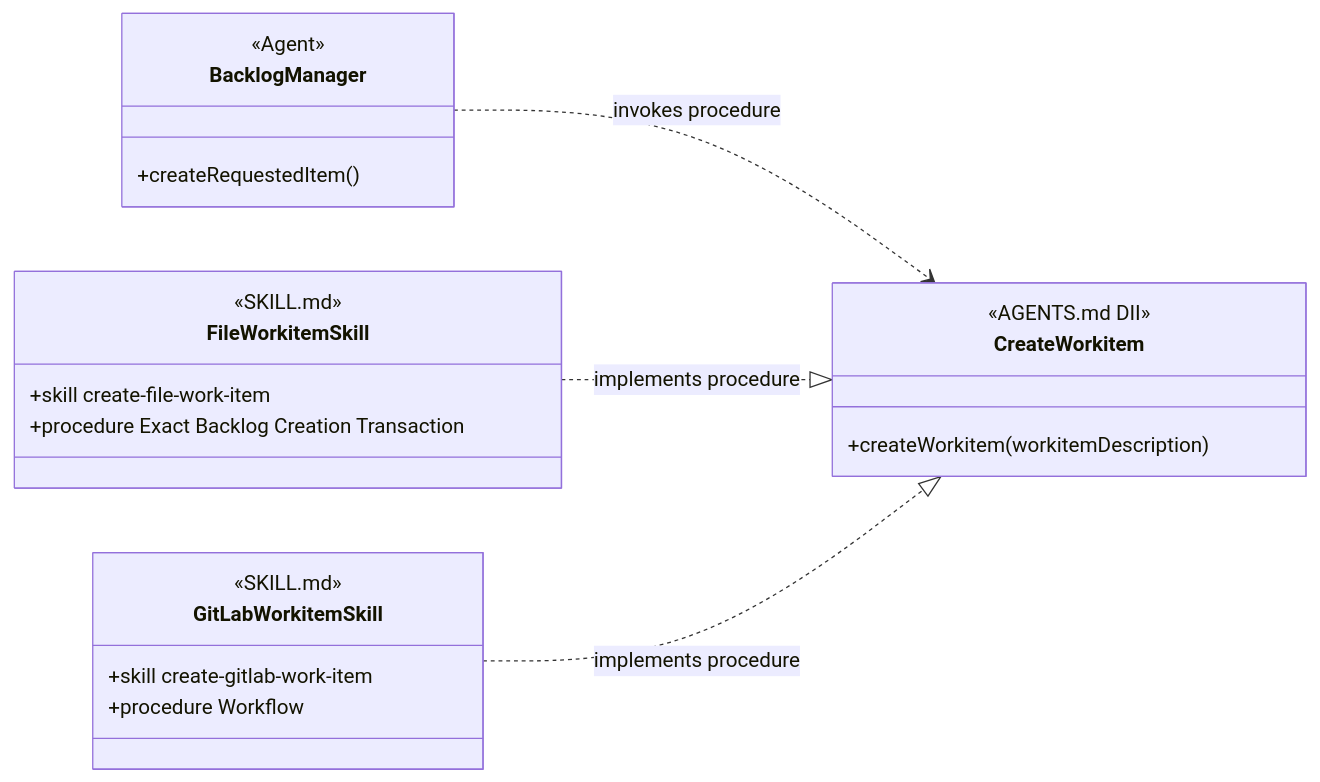
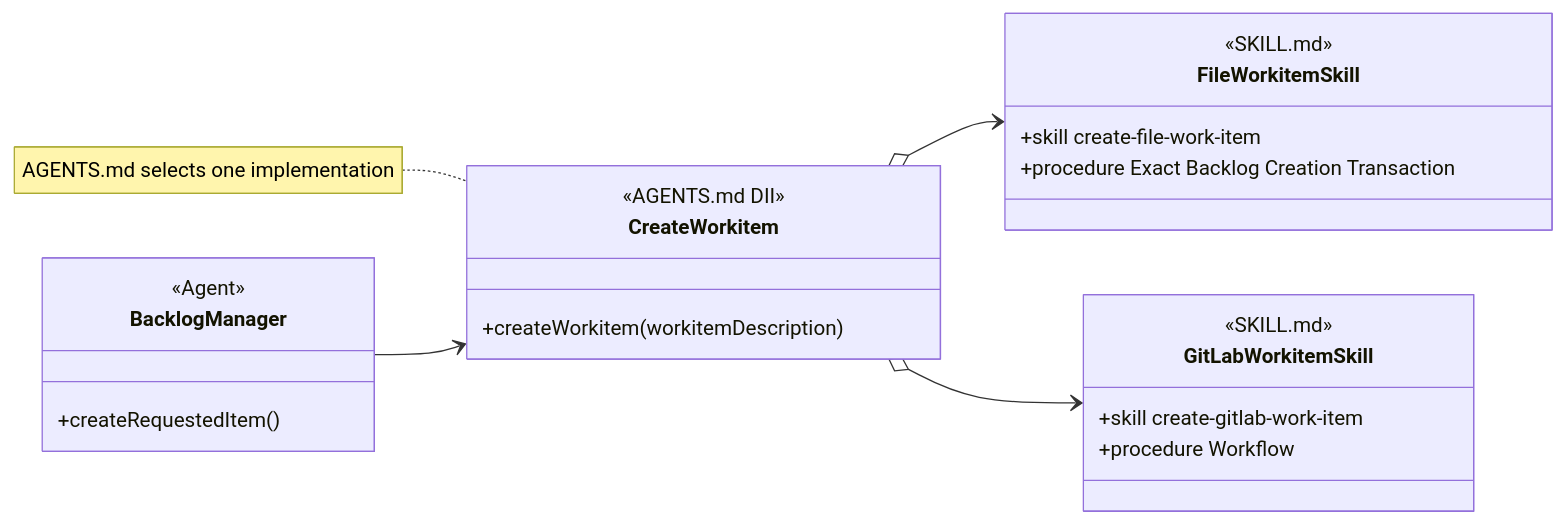
The third of 11 diagrams in design/object-oriented-agent-and-skill-model.md (martinbechard/dev-methodology), drawn with Mermaid before and after one commit. The commit also changed other lines of this file and 2 other files, not shown here.

Commit message:
Simplify diagram reference conventions

````diff
--- a/design/object-oriented-agent-and-skill-model.md
+++ b/design/object-oriented-agent-and-skill-model.md
@@ -264,32 +160,34 @@
 ```mermaid
 classDiagram
     direction LR
 
     class BacklogManager {
         <<Agent>>
         +createRequestedItem()
     }
 
     class CreateWorkitem {
         <<AGENTS.md DII>>
         +createWorkitem(workitemDescription)
     }
 
     class FileWorkitemSkill {
         <<SKILL.md>>
         <<Injectable Skill>>
         +skill create-file-work-item
         +procedure Exact Backlog Creation Transaction
     }
 
     class GitLabWorkitemSkill {
         <<SKILL.md>>
         <<Injectable Skill>>
         +skill create-gitlab-work-item
         +procedure Workflow
     }
 
-    BacklogManager ..> CreateWorkitem : invokes procedure
-    FileWorkitemSkill ..|> CreateWorkitem : implements procedure
-    GitLabWorkitemSkill ..|> CreateWorkitem : implements procedure
+    BacklogManager --> CreateWorkitem
+    CreateWorkitem o--> FileWorkitemSkill
+    CreateWorkitem o--> GitLabWorkitemSkill
+
+    note for CreateWorkitem "AGENTS.md selects one implementation"
 ```
````
